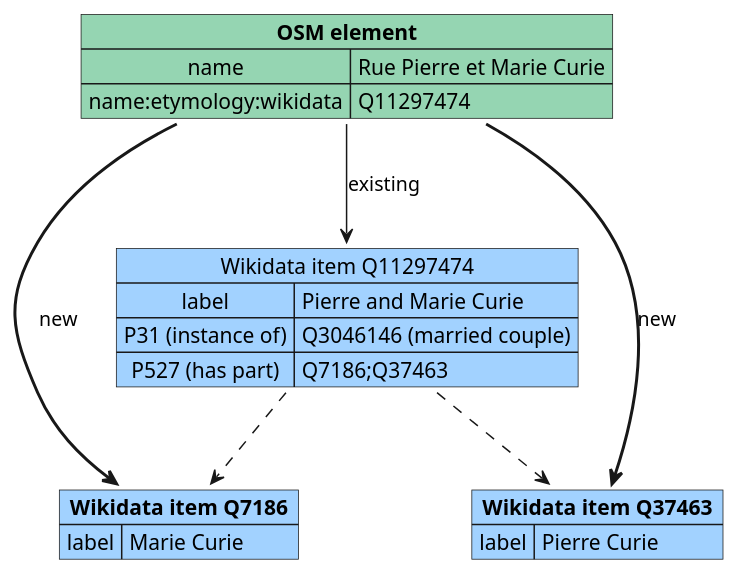
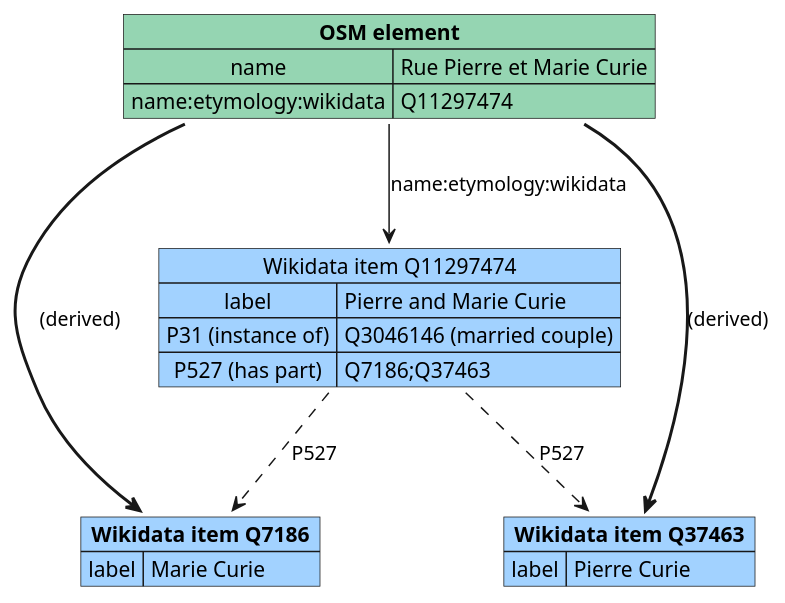
Before and after one commit to Danysan1/osm-wikidata-map-framework: the diagram in images/data/part_of.plantuml, drawn with PlantUML. The commit also changed 15 other files, not shown here.

Commit message:
Improve diagrams

```diff
--- a/images/data/part_of.plantuml
+++ b/images/data/part_of.plantuml
@@ -1,27 +1,27 @@
 @startuml part_of
 
 map "**Wikidata item Q7186**" as wikia #a2d2ff {
   label => Marie Curie
 }
 map "**Wikidata item Q37463**" as wikib #a2d2ff {
   label => Pierre Curie
 }
 map "Wikidata item Q11297474" as wikic #a2d2ff {
   label => Pierre and Marie Curie
   P31 (instance of) => Q3046146 (married couple)
   P527 (has part) => Q7186;Q37463
 }
 
 map "**OSM element**" as osmg #95d5b2 {
   name => Rue Pierre et Marie Curie
   name:etymology:wikidata => Q11297474
 }
 
-osmg -[bold]-> wikia : new
-osmg -[bold]-> wikib : new
-osmg --> wikic : existing
+osmg -[bold]-> wikia : (derived)
+osmg -[bold]-> wikib : (derived)
+osmg --> wikic : name:etymology:wikidata
 
-wikic ..> wikia
-wikic ..> wikib
+wikic ..> wikia : P527
+wikic ..> wikib : P527
 
 @enduml
```
